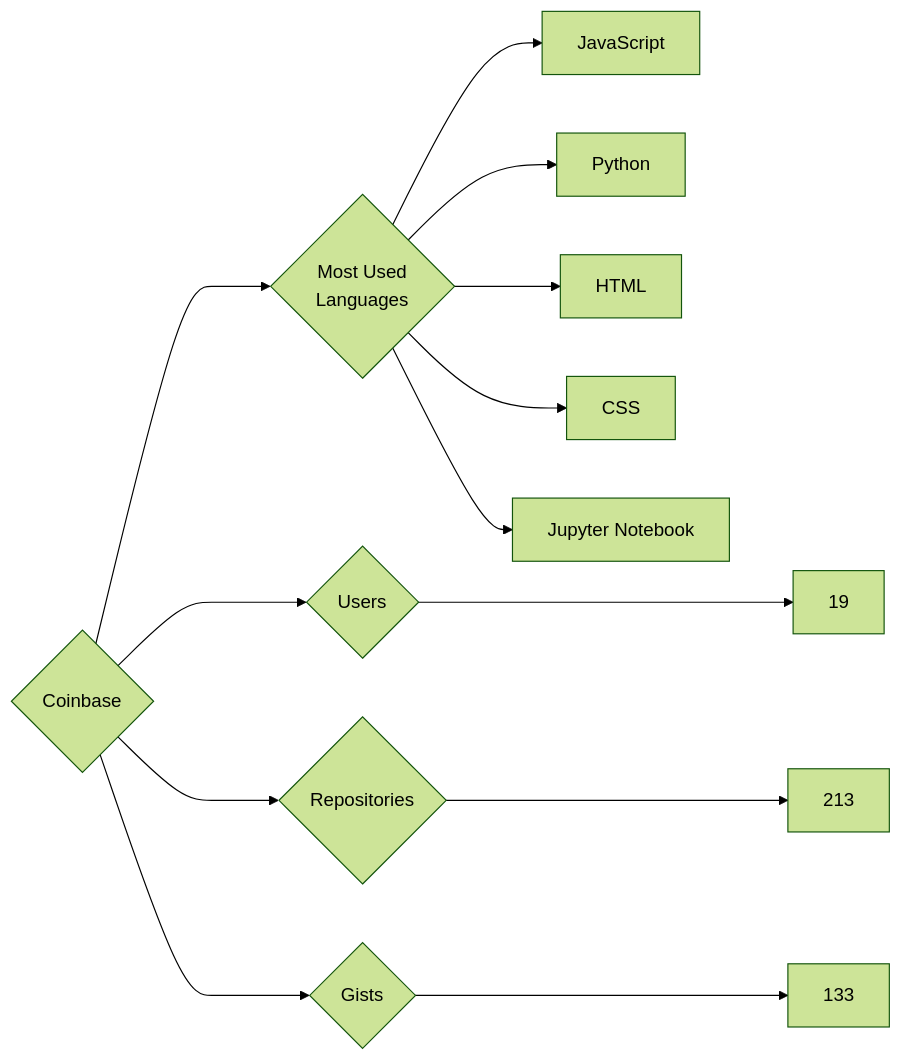
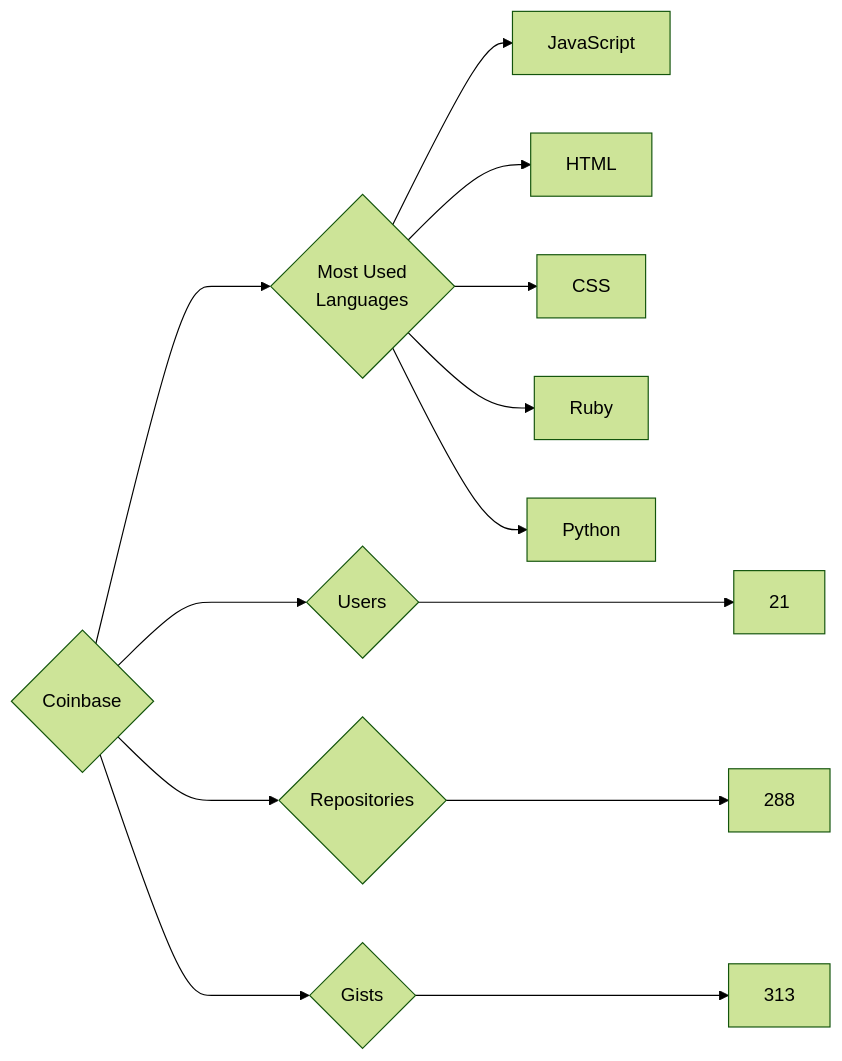
One commit to trickest/insiders changed the diagram in targets/Coinbase/README.md. Above: the diagram before and after it, drawn with Mermaid (forest theme). The commit also changed 872 other files, not shown here.

````diff
--- a/targets/Coinbase/README.md
+++ b/targets/Coinbase/README.md
@@ -3,13 +3,13 @@
 ```mermaid
 graph LR
 COMPANY_NAME{Coinbase}
-COMPANY_NAME ---> U{Users} ---> UN[19]
-COMPANY_NAME ---> R{Repositories} ---> RN[213]
-COMPANY_NAME ---> G{Gists} ---> GN[133]
+COMPANY_NAME ---> U{Users} ---> UN[21]
+COMPANY_NAME ---> R{Repositories} ---> RN[288]
+COMPANY_NAME ---> G{Gists} ---> GN[313]
 COMPANY_NAME ---> ML{Most Used<br>Languages}
 ML --> JavaScript[JavaScript]
-ML --> Python[Python]
 ML --> HTML[HTML]
 ML --> CSS[CSS]
-ML --> Jupyter_Notebook[Jupyter Notebook]
+ML --> Ruby[Ruby]
+ML --> Python[Python]
 ```
````
